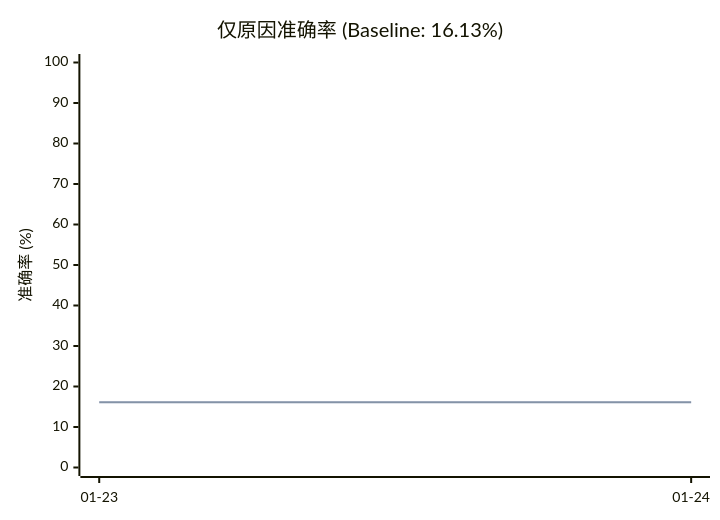
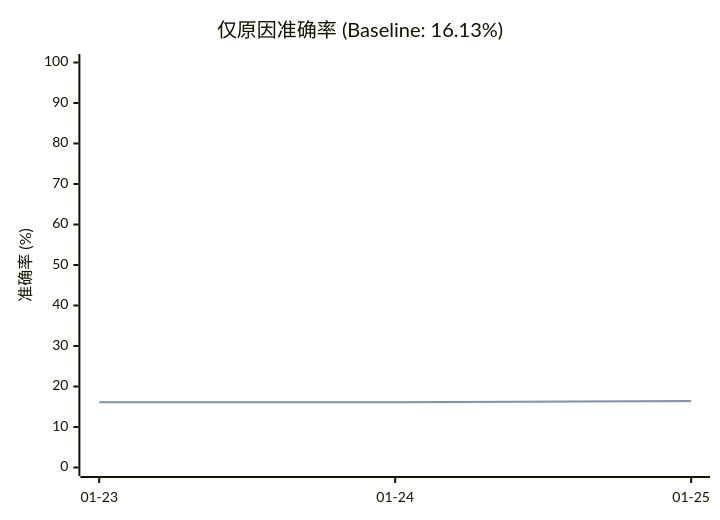
One commit to gongxh13/rca-agent changed the fourth of 7 diagrams in evaluation/README.md. Above: the diagram before and after it, drawn with Mermaid. The commit also changed other lines of this file and 154 other files, not shown here.

````diff
--- a/evaluation/README.md
+++ b/evaluation/README.md
@@ -93,8 +94,8 @@
 ```mermaid
 xychart-beta
     title "仅原因准确率 (Baseline: 16.13%)"
-    x-axis ["01-23", "01-24"]
+    x-axis ["01-23", "01-24", "01-25"]
     y-axis "准确率 (%)" 0 --> 100
-    line [16.13, 16.13]
-    line [16.13, 16.13]
+    line [16.13, 16.13, 16.13]
+    line [16.13, 16.13, 16.39]
 ```
````
